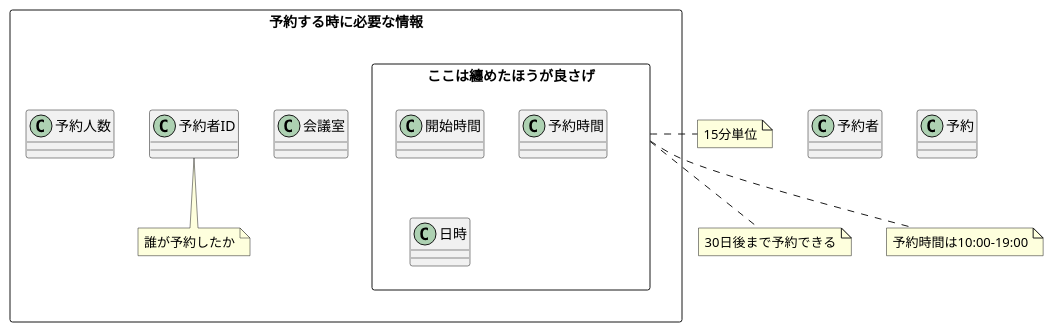
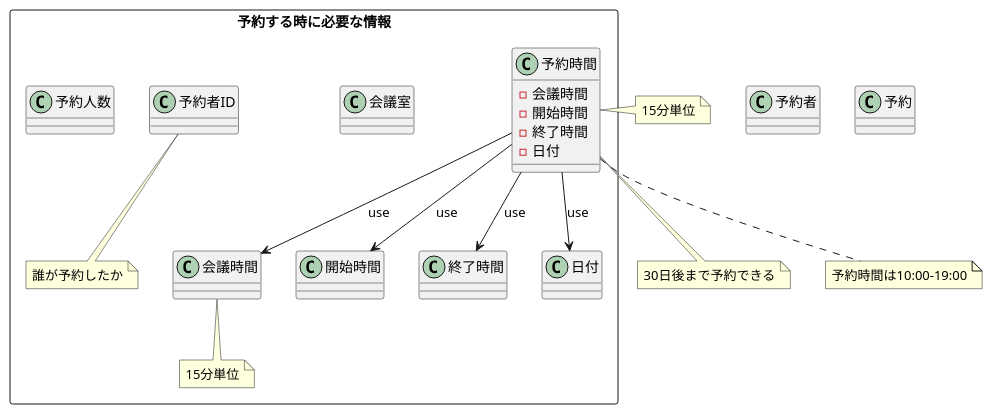
One commit to jnuank/meeting-room changed the diagram in diagram/domainmodel.pu. Above: the diagram before and after it, drawn with PlantUML. The commit also changed 3 other files, not shown here.

```diff
--- a/diagram/domainmodel.pu
+++ b/diagram/domainmodel.pu
@@ -1,31 +1,40 @@
 @startuml
 
 class 予約者
 class 予約
 
 rectangle 予約する時に必要な情報 {
     class 会議室
     class 予約者ID
-    rectangle ここは纏めたほうが良さげ {
-        class 開始時間
-        class 予約時間
-        class 日時
+    class 会議時間
+    note bottom of 会議時間
+    15分単位
+    end note
+    class 予約時間 {
+        - 会議時間
+        - 開始時間
+        - 終了時間
+        - 日付
     }
+    予約時間 --> 会議時間 : use
+    予約時間 --> 開始時間 : use
+    予約時間 --> 終了時間 : use
+    予約時間 --> 日付 : use
     class 予約人数
     class 予約者ID
     note bottom of 予約者ID
     誰が予約したか
     end note 
 }
 
-note right of ここは纏めたほうが良さげ
+note right of 予約時間
 15分単位
 end note
-note bottom of ここは纏めたほうが良さげ
+note bottom of 予約時間
 30日後まで予約できる
 end note
-note bottom of ここは纏めたほうが良さげ
+note bottom of 予約時間
 予約時間は10:00-19:00
 end note
 
 @enduml
```
